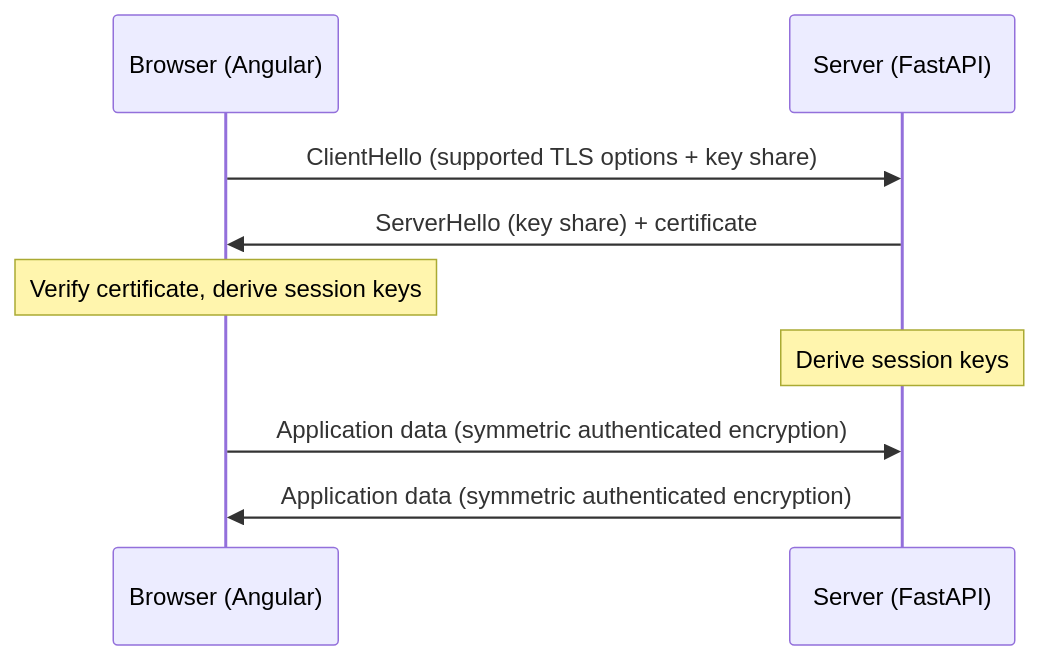
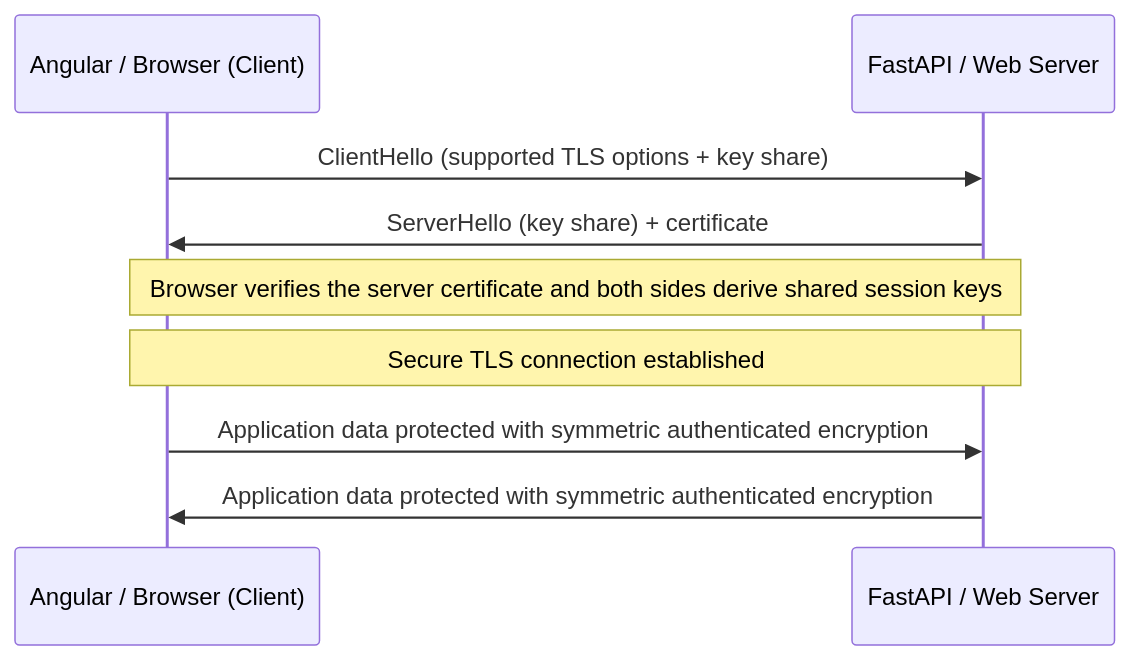
Before and after one commit to piyalidas10/System_Design: the diagram in Encoding vs Encryption vs Hashing vs Signing/Hashing_vs_Encryption_vs_Encoding.md, drawn with Mermaid. The commit also changed other lines of this file and 4 other files, not shown here.

````diff
--- a/Encoding vs Encryption vs Hashing vs Signing/Hashing_vs_Encryption_vs_Encoding.md
+++ b/Encoding vs Encryption vs Hashing vs Signing/Hashing_vs_Encryption_vs_Encoding.md
@@ -537,11 +618,11 @@
 ```mermaid
 sequenceDiagram
-    participant C as Browser (Angular)
-    participant S as Server (FastAPI)
+    participant C as Angular / Browser (Client)
+    participant S as FastAPI / Web Server
     C->>S: ClientHello (supported TLS options + key share)
     S->>C: ServerHello (key share) + certificate
-    Note over C: Verify certificate, derive session keys
-    Note over S: Derive session keys
-    C->>S: Application data (symmetric authenticated encryption)
-    S->>C: Application data (symmetric authenticated encryption)
+    Note over C,S: Browser verifies the server certificate and both sides derive shared session keys
+    Note over C,S: Secure TLS connection established
+    C->>S: Application data protected with symmetric authenticated encryption
+    S->>C: Application data protected with symmetric authenticated encryption
 ```
````
